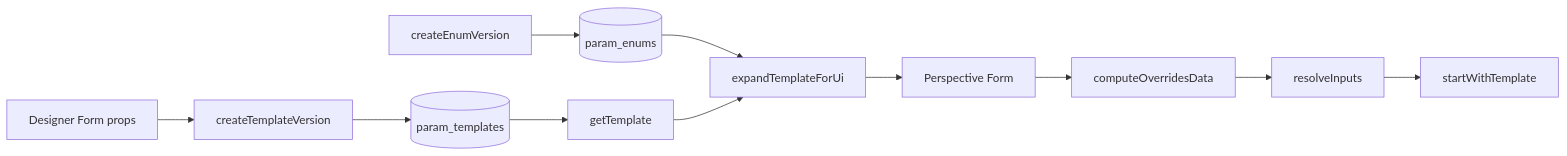
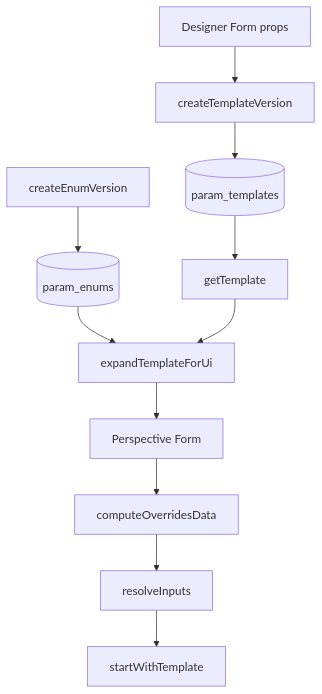
Before and after one commit to marcelo-6/ignition-workflows: the diagram in docs/api-reference/api-params.md, drawn with Mermaid. The commit also changed other lines of this file and 4 other files, not shown here.

````diff
--- a/docs/api-reference/api-params.md
+++ b/docs/api-reference/api-params.md
@@ -53,13 +45,13 @@
 ```mermaid
-flowchart LR
+flowchart TB
   A[Designer Form props] --> B[createTemplateVersion]
   B --> C[(param_templates)]
   D[createEnumVersion] --> E[(param_enums)]
   C --> F[getTemplate]
   E --> G[expandTemplateForUi]
   F --> G
   G --> H[Perspective Form]
   H --> I[computeOverridesData]
   I --> J[resolveInputs]
   J --> K[startWithTemplate]
 ```
````
